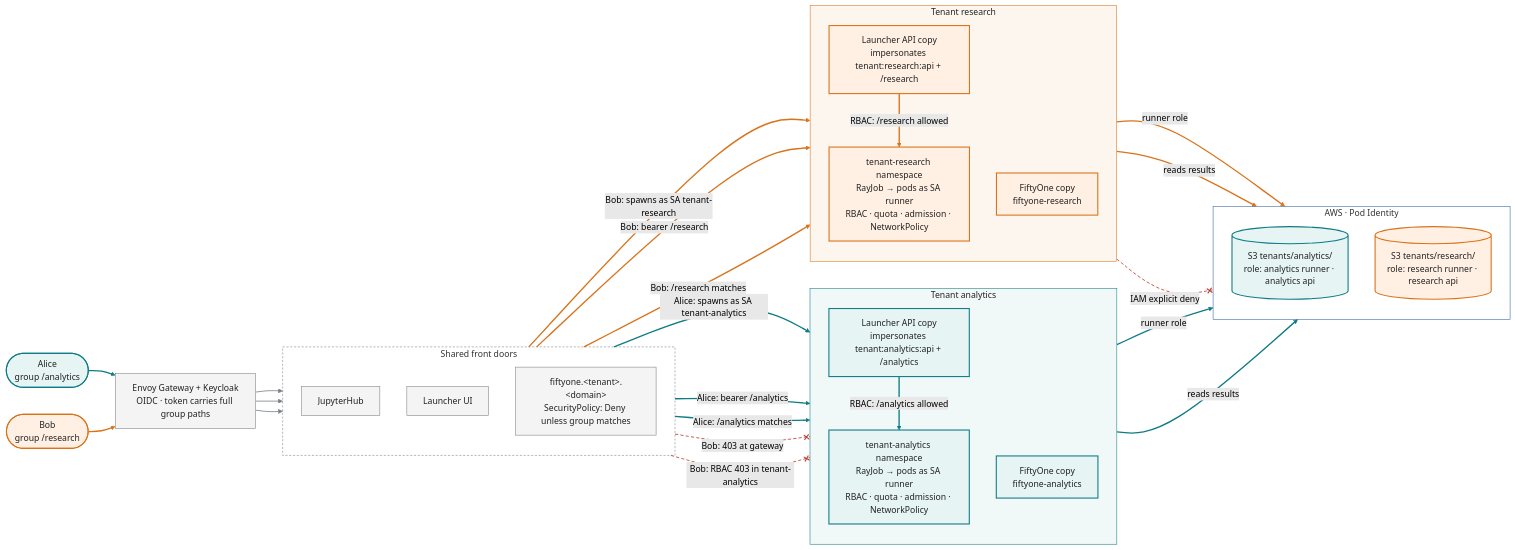
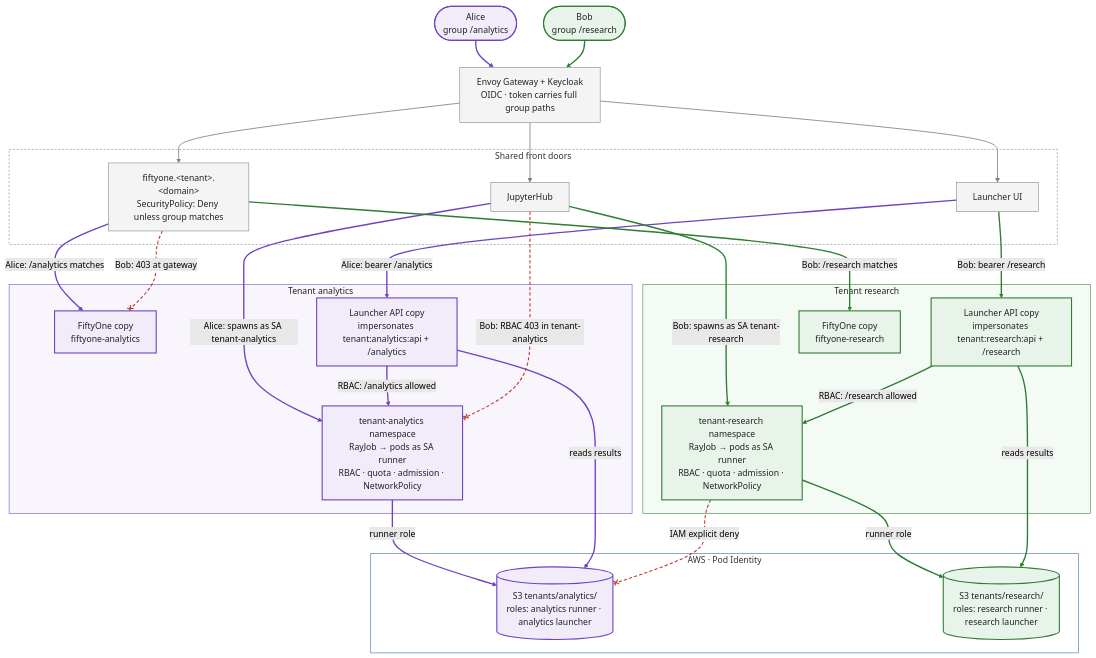
Before and after one commit to nebari-dev/nebari-infrastructure-core: the second of 3 diagrams in docs/design-doc/implementation/19-multi-tenancy.md, drawn with Mermaid (forest theme). The commit also changed other lines of this file, not shown here.

First line of the commit message:
docs(design): clarify the multi-tenancy doc and redraw its diagrams

````diff
--- a/docs/design-doc/implementation/19-multi-tenancy.md
+++ b/docs/design-doc/implementation/19-multi-tenancy.md
@@ -114,79 +112,59 @@
 ```mermaid
-flowchart LR
+flowchart TB
   alice(["Alice<br/>group /analytics"])
   bob(["Bob<br/>group /research"])
   gw["Envoy Gateway + Keycloak<br/>OIDC · token carries full group paths"]
   subgraph doors["Shared front doors"]
-    direction TB
     hub["JupyterHub"]
     ui["Launcher UI"]
     fo["fiftyone.&lt;tenant&gt;.&lt;domain&gt;<br/>SecurityPolicy: Deny unless group matches"]
   end
   subgraph tc["Tenant analytics"]
-    direction TB
+    foC["FiftyOne copy<br/>fiftyone-analytics"]
     apiC["Launcher API copy<br/>impersonates tenant:analytics:api + /analytics"]
     nsC["tenant-analytics namespace<br/>RayJob → pods as SA runner<br/>RBAC · quota · admission · NetworkPolicy"]
-    foC["FiftyOne copy<br/>fiftyone-analytics"]
   end
   subgraph tn["Tenant research"]
-    direction TB
     apiN["Launcher API copy<br/>impersonates tenant:research:api + /research"]
+    foN["FiftyOne copy<br/>fiftyone-research"]
     nsN["tenant-research namespace<br/>RayJob → pods as SA runner<br/>RBAC · quota · admission · NetworkPolicy"]
-    foN["FiftyOne copy<br/>fiftyone-research"]
   end
   subgraph aws["AWS · Pod Identity"]
-    direction TB
-    s3C[("S3 tenants/analytics/<br/>role: analytics runner · analytics api")]
-    s3N[("S3 tenants/research/<br/>role: research runner · research api")]
+    s3C[("S3 tenants/analytics/<br/>roles: analytics runner · analytics launcher")]
+    s3N[("S3 tenants/research/<br/>roles: research runner · research launcher")]
   end
   alice --> gw
   gw --> hub
   gw --> ui
   gw --> fo
   hub -->|"Alice: spawns as SA tenant-analytics"| nsC
   ui -->|"Alice: bearer /analytics"| apiC
   apiC -->|"RBAC: /analytics allowed"| nsC
   fo -->|"Alice: /analytics matches"| foC
   nsC -->|"runner role"| s3C
   apiC -->|"reads results"| s3C
   bob --> gw
   hub -->|"Bob: spawns as SA tenant-research"| nsN
   ui -->|"Bob: bearer /research"| apiN
   apiN -->|"RBAC: /research allowed"| nsN
   fo -->|"Bob: /research matches"| foN
   nsN -->|"runner role"| s3N
   apiN -->|"reads results"| s3N
   fo -.-x|"Bob: 403 at gateway"| foC
   hub -.-x|"Bob: RBAC 403 in tenant-analytics"| nsC
   nsN -.-x|"IAM explicit deny"| s3C
-  linkStyle 0 stroke:#0e7c86,stroke-width:2.5px
-  linkStyle 1 stroke:#7a7f85,stroke-width:1.5px
-  linkStyle 2 stroke:#7a7f85,stroke-width:1.5px
-  linkStyle 3 stroke:#7a7f85,stroke-width:1.5px
-  linkStyle 4 stroke:#0e7c86,stroke-width:2.5px
-  linkStyle 5 stroke:#0e7c86,stroke-width:2.5px
-  linkStyle 6 stroke:#0e7c86,stroke-width:2.5px
-  linkStyle 7 stroke:#0e7c86,stroke-width:2.5px
-  linkStyle 8 stroke:#0e7c86,stroke-width:2.5px
-  linkStyle 9 stroke:#0e7c86,stroke-width:2.5px
-  linkStyle 10 stroke:#d9731a,stroke-width:2.5px
-  linkStyle 11 stroke:#d9731a,stroke-width:2.5px
-  linkStyle 12 stroke:#d9731a,stroke-width:2.5px
-  linkStyle 13 stroke:#d9731a,stroke-width:2.5px
-  linkStyle 14 stroke:#d9731a,stroke-width:2.5px
-  linkStyle 15 stroke:#d9731a,stroke-width:2.5px
-  linkStyle 16 stroke:#d9731a,stroke-width:2.5px
-  linkStyle 17 stroke:#c0392b,stroke-width:1.5px,stroke-dasharray:6 4
-  linkStyle 18 stroke:#c0392b,stroke-width:1.5px,stroke-dasharray:6 4
-  linkStyle 19 stroke:#c0392b,stroke-width:1.5px,stroke-dasharray:6 4
-  classDef alice fill:#e6f4f4,stroke:#0e7c86,stroke-width:2px,color:#222
-  classDef bob fill:#fff0e3,stroke:#d9731a,stroke-width:2px,color:#222
+  linkStyle 1,2,3 stroke:#7a7f85,stroke-width:1.5px
+  linkStyle 0,4,5,6,7,8,9 stroke:#6f42c1,stroke-width:2.5px
+  linkStyle 10,11,12,13,14,15,16 stroke:#2e7d32,stroke-width:2.5px
+  linkStyle 17,18,19 stroke:#c0392b,stroke-width:2px,stroke-dasharray:6 4
+  classDef alice fill:#f1ebfa,stroke:#6f42c1,stroke-width:2px,color:#222
+  classDef bob fill:#e8f4e9,stroke:#2e7d32,stroke-width:2px,color:#222
   classDef shared fill:#f4f4f4,stroke:#7a7f85,color:#222
   class alice,apiC,nsC,foC,s3C alice
   class bob,apiN,nsN,foN,s3N bob
   class gw,hub,ui,fo shared
   style doors fill:none,stroke:#7a7f85,stroke-dasharray:4 3
-  style tc fill:#f1f8f8,stroke:#0e7c86,color:#222
-  style tn fill:#fdf6ee,stroke:#d9731a,color:#222
+  style tc fill:#f8f5fc,stroke:#6f42c1,color:#222
+  style tn fill:#f4faf4,stroke:#2e7d32,color:#222
   style aws fill:none,stroke:#2f5f9e
 ```
````
